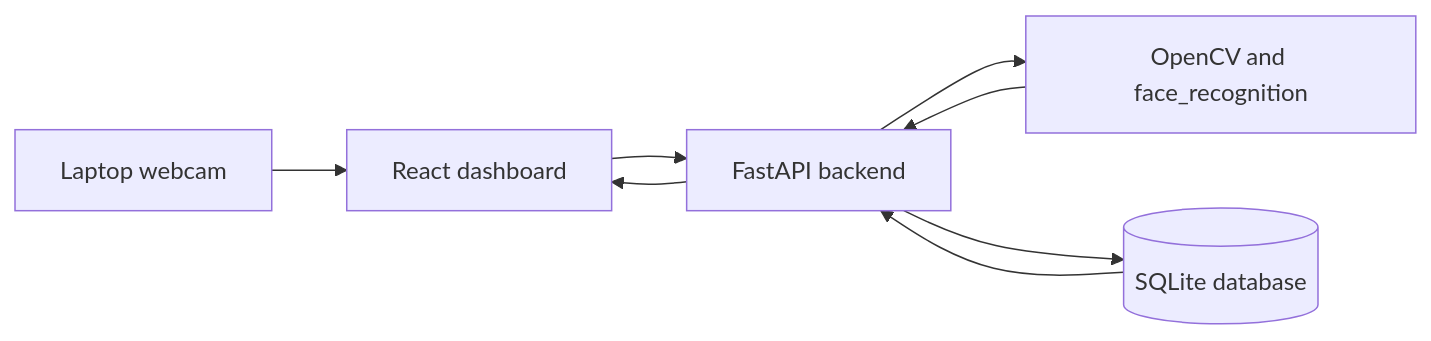
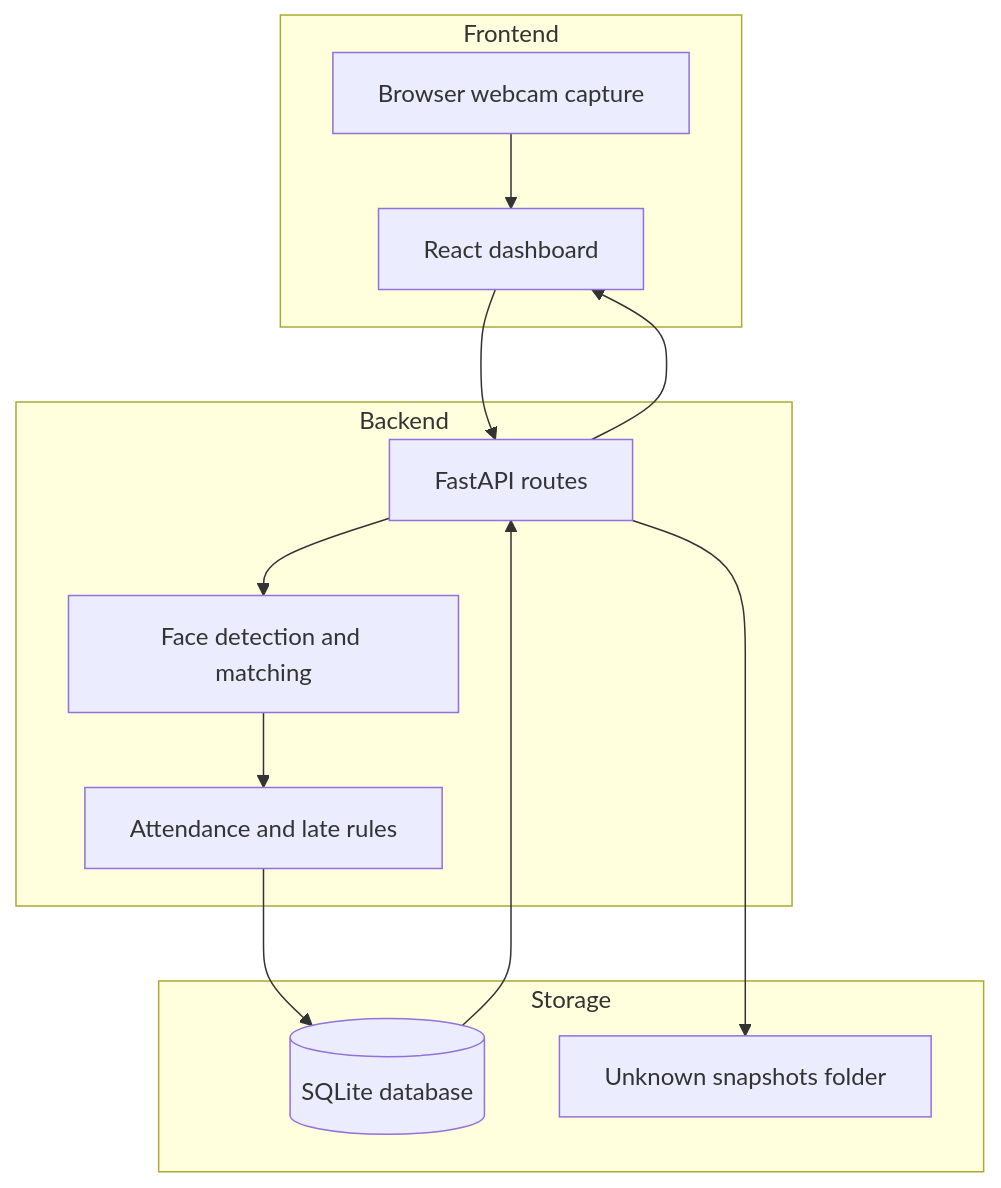
Before and after one commit to Angad816/smart-corridor-attendance: the second of 2 diagrams in README.md, drawn with Mermaid. The commit also changed other lines of this file, not shown here.

````diff
--- a/README.md
+++ b/README.md
@@ -26,10 +62,27 @@
 ```mermaid
-flowchart LR
-  Camera[Laptop webcam] --> Frontend[React dashboard]
-  Frontend --> API[FastAPI backend]
-  API --> Vision[OpenCV and face_recognition]
-  Vision --> API
-  API --> Database[(SQLite database)]
-  Database --> API
-  API --> Frontend
+flowchart TB
+  subgraph Frontend
+    UI[React dashboard]
+    Webcam[Browser webcam capture]
+  end
+
+  subgraph Backend
+    API[FastAPI routes]
+    FaceEngine[Face detection and matching]
+    Rules[Attendance and late rules]
+  end
+
+  subgraph Storage
+    DB[(SQLite database)]
+    Snapshots[Unknown snapshots folder]
+  end
+
+  Webcam --> UI
+  UI --> API
+  API --> FaceEngine
+  FaceEngine --> Rules
+  Rules --> DB
+  API --> Snapshots
+  DB --> API
+  API --> UI
 ```
````
